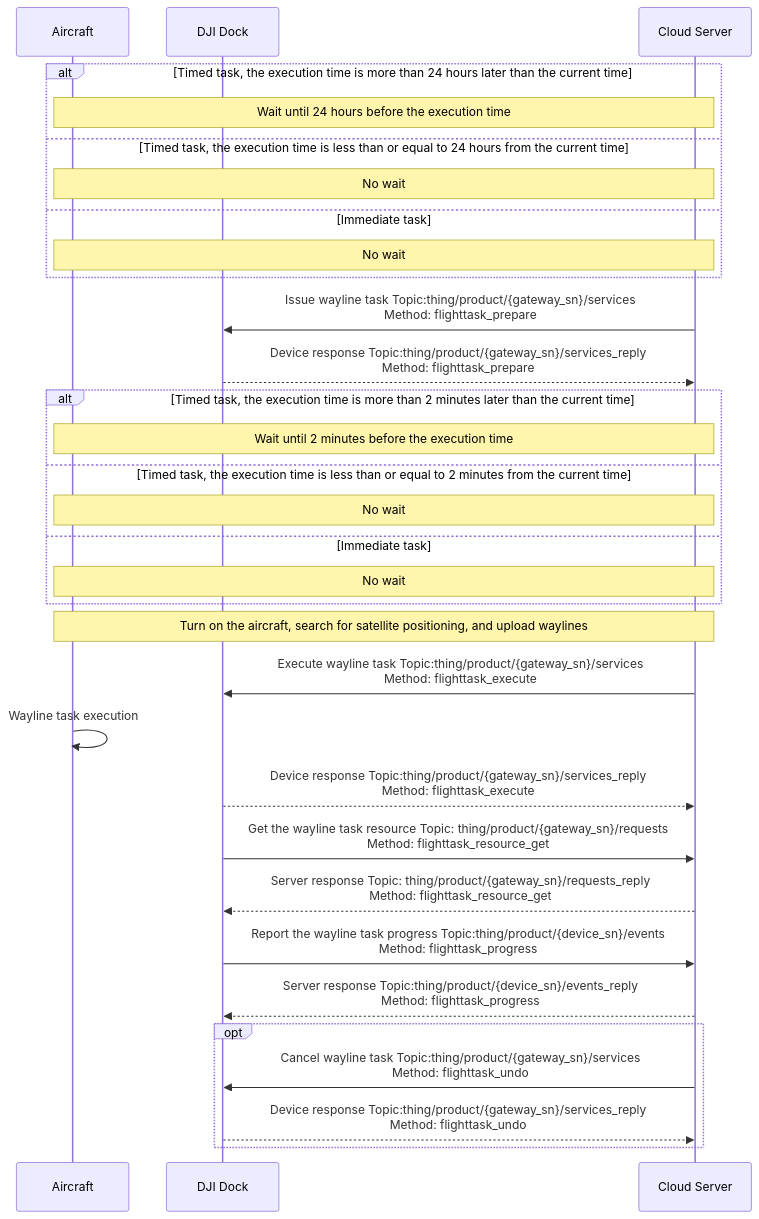
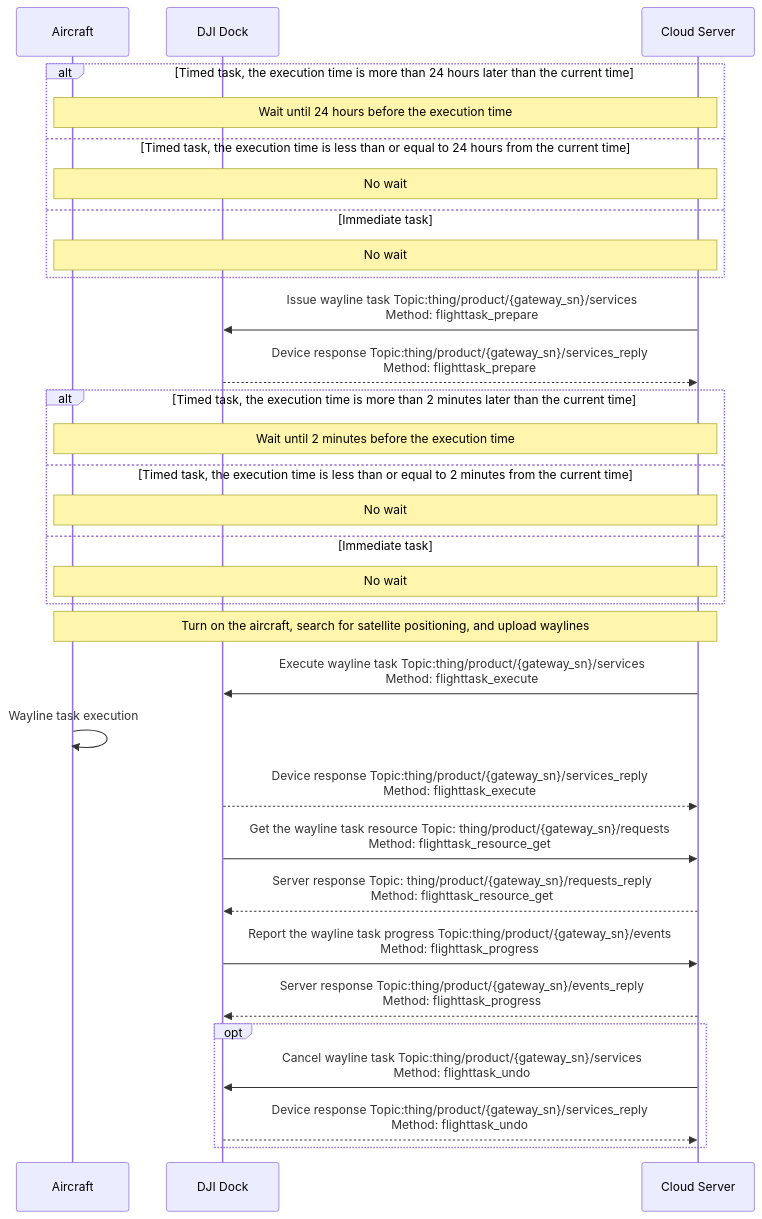
The first of 2 diagrams in docs/en/30.feature-set/20.dock-feature-set/50.dock-wayline-management.md (dji-sdk/Cloud-API-Doc), drawn with Mermaid before and after one commit. The commit also changed other lines of this file and 152 other files, not shown here.

````diff
--- a/docs/en/30.feature-set/20.dock-feature-set/50.dock-wayline-management.md
+++ b/docs/en/30.feature-set/20.dock-feature-set/50.dock-wayline-management.md
@@ -29,44 +29,44 @@
 ```mermaid
 sequenceDiagram
 
 participant object as Aircraft
 participant client  as DJI Dock
 participant server as Cloud Server
 
 alt Timed task, the execution time is more than 24 hours later than the current time
 note over object,server: Wait until 24 hours before the execution time
 else Timed task, the execution time is less than or equal to 24 hours from the current time
 note over object,server: No wait
 else Immediate task
 note over object,server: No wait
 end
 
 server ->> client: Issue wayline task Topic:thing/product/{gateway_sn}/services<br/>Method: flighttask_prepare
 client -->> server: Device response Topic:thing/product/{gateway_sn}/services_reply<br/>Method: flighttask_prepare
 
 alt Timed task, the execution time is more than 2 minutes later than the current time
 note over object,server: Wait until 2 minutes before the execution time
 else Timed task, the execution time is less than or equal to 2 minutes from the current time
 note over object,server: No wait
 else Immediate task
 note over object,server: No wait
 end
 
 note over object,server: Turn on the aircraft, search for satellite positioning, and upload waylines
 server ->> client: Execute wayline task Topic:thing/product/{gateway_sn}/services<br/>Method: flighttask_execute
 object ->> object: Wayline task execution
 client -->> server: Device response Topic:thing/product/{gateway_sn}/services_reply<br/>Method: flighttask_execute
 
 
 client ->> server: Get the wayline task resource Topic: thing/product/{gateway_sn}/requests<br/>Method: flighttask_resource_get
 server -->> client: Server response Topic: thing/product/{gateway_sn}/requests_reply<br/>Method: flighttask_resource_get
 
 
-client ->> server: Report the wayline task progress Topic:thing/product/{device_sn}/events<br/>Method: flighttask_progress
-server -->> client: Server response Topic:thing/product/{device_sn}/events_reply<br/>Method: flighttask_progress
+client ->> server: Report the wayline task progress Topic:thing/product/{gateway_sn}/events<br/>Method: flighttask_progress
+server -->> client: Server response Topic:thing/product/{gateway_sn}/events_reply<br/>Method: flighttask_progress
 
 opt
 server ->> client: Cancel wayline task Topic:thing/product/{gateway_sn}/services<br/>Method: flighttask_undo
 client -->> server: Device response Topic:thing/product/{gateway_sn}/services_reply<br/>Method: flighttask_undo
 end
 ```
````
